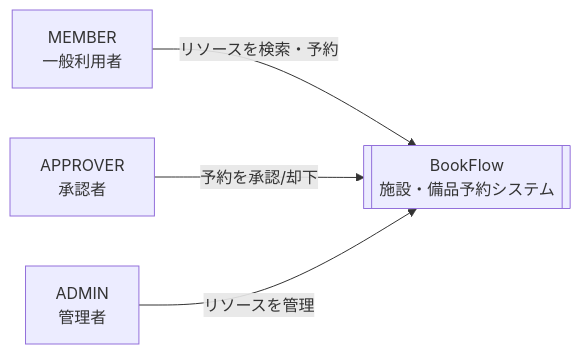
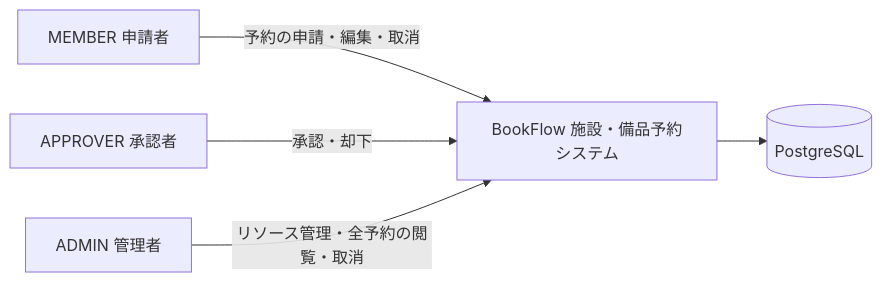
Before and after one commit to CHS-Training-Org/ai_training_for_chuo_system: the diagram in Docs/spec/aidlc-docs/inception/reverse-engineering/business-overview.md, drawn with Mermaid. The commit also changed other lines of this file and 22 other files, not shown here.

````diff
--- a/Docs/spec/aidlc-docs/inception/reverse-engineering/business-overview.md
+++ b/Docs/spec/aidlc-docs/inception/reverse-engineering/business-overview.md
@@ -14,7 +14,7 @@
 ```mermaid
 flowchart LR
-    Member[MEMBER<br/>一般利用者] -->|リソースを検索・予約| BookFlow
-    Approver[APPROVER<br/>承認者] -->|予約を承認/却下| BookFlow
-    Admin[ADMIN<br/>管理者] -->|リソースを管理| BookFlow
-    BookFlow[["BookFlow<br/>施設・備品予約システム"]]
+  Member["MEMBER 申請者"] -->|"予約の申請・編集・取消"| BookFlow["BookFlow 施設・備品予約システム"]
+  Approver["APPROVER 承認者"] -->|"承認・却下"| BookFlow
+  Admin["ADMIN 管理者"] -->|"リソース管理・全予約の閲覧・取消"| BookFlow
+  BookFlow --> DB[("PostgreSQL")]
 ```
````
